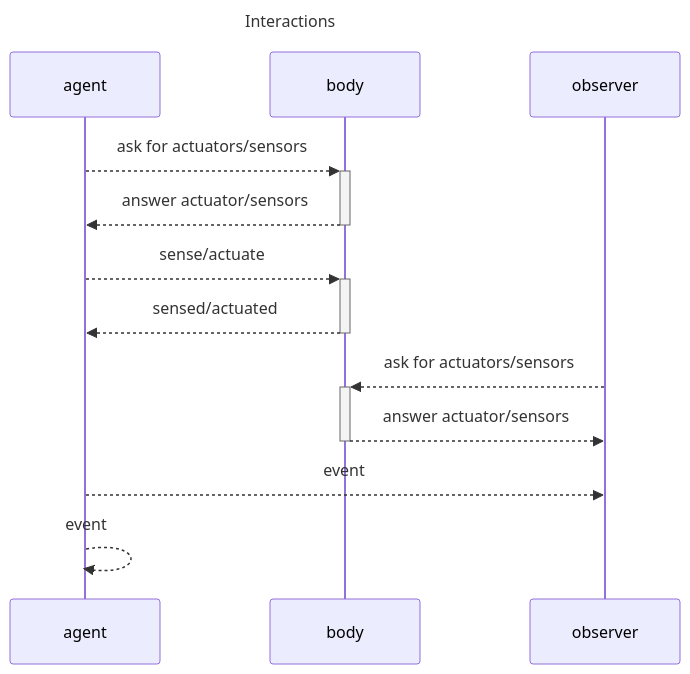
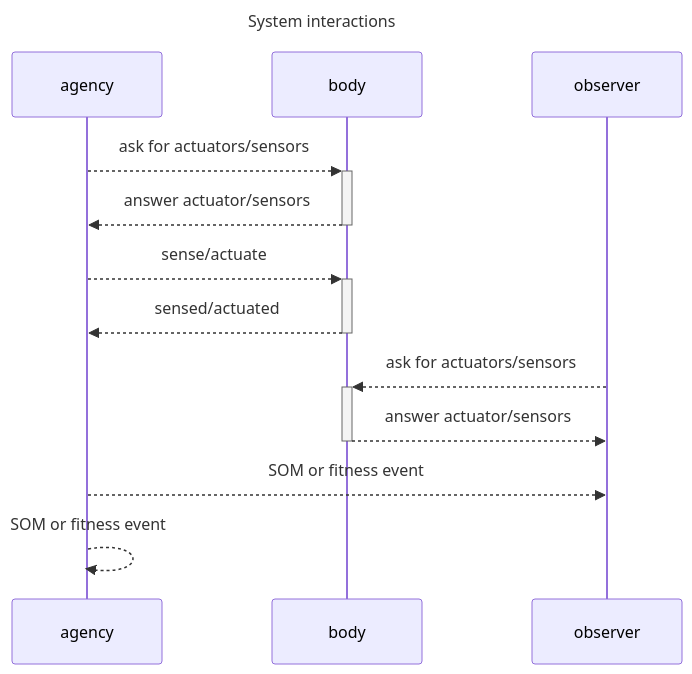
Before and after one commit to jfcloutier/karma_agency: the third of 3 diagrams in notes/system.md, drawn with Mermaid. The commit also changed other lines of this file, not shown here.

Commit message:
system diagrams

````diff
--- a/notes/system.md
+++ b/notes/system.md
@@ -72,18 +101,18 @@
 ```mermaid
 ---
-title: Interactions
+title: System interactions
 ---
 
 sequenceDiagram;
-    participant agent
+    participant agency
     participant body
     participant observer
-    agent-->>+body: ask for actuators/sensors
-    body-->>-agent: answer actuator/sensors
-    agent-->>+body: sense/actuate
-    body-->>-agent: sensed/actuated
+    agency-->>+body: ask for actuators/sensors
+    body-->>-agency: answer actuator/sensors
+    agency-->>+body: sense/actuate
+    body-->>-agency: sensed/actuated
     observer-->>+body: ask for actuators/sensors
     body-->>-observer: answer actuator/sensors
-    agent-->>observer: event
-    agent-->>agent: event
+    agency-->>observer: SOM or fitness event
+    agency-->>agency: SOM or fitness event
 ```
````
